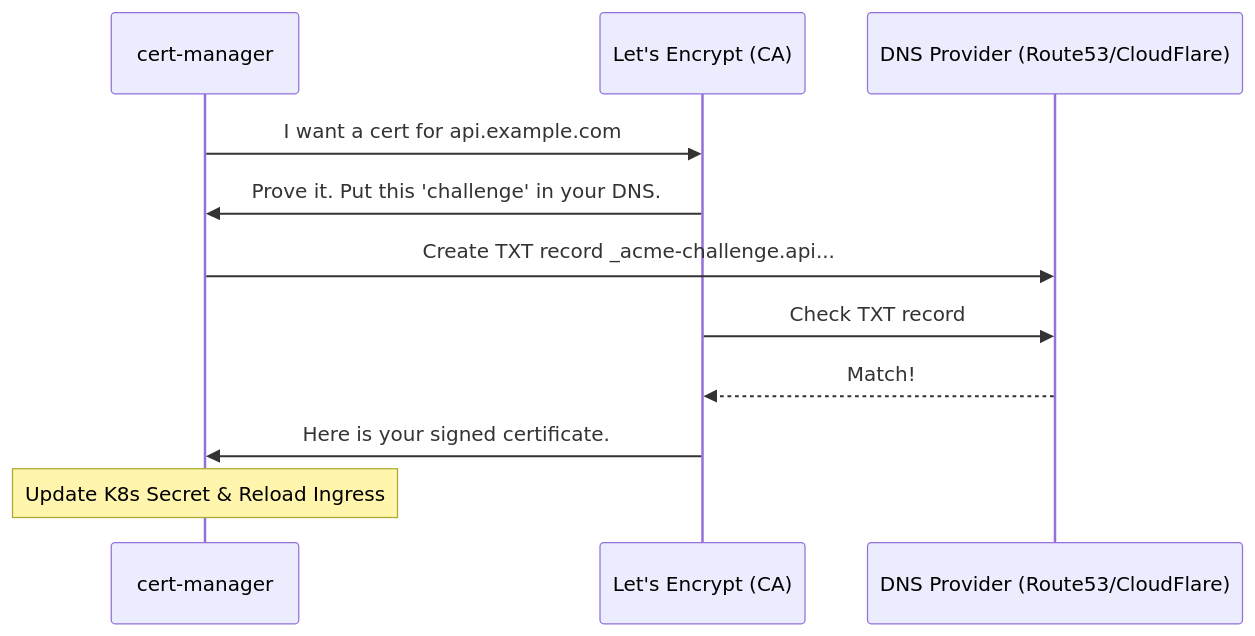
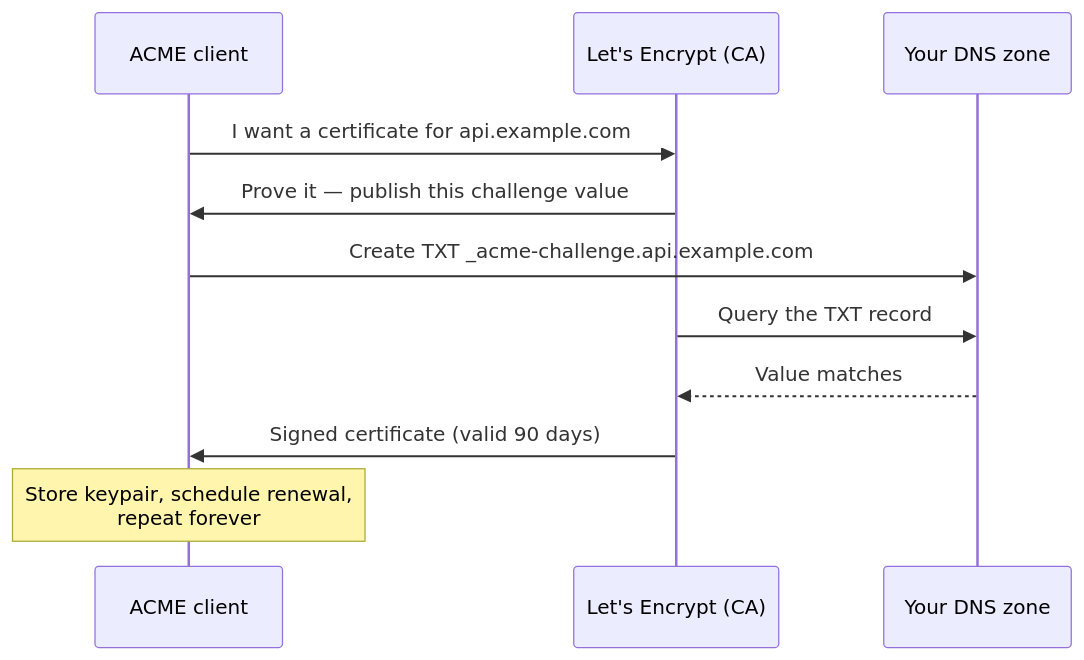
One commit to bradpenney/exploring_networking changed the diagram in docs/efficiency/tls/certificate_management.md. Above: the diagram before and after it, drawn with Mermaid. The commit also changed other lines of this file and 9 other files, not shown here.

Commit message:
Publish Your App to the Internet from Your K8s Cluster

````diff
--- a/docs/efficiency/tls/certificate_management.md
+++ b/docs/efficiency/tls/certificate_management.md
@@ -36,13 +78,13 @@
 ```mermaid
 sequenceDiagram
-    participant CM as cert-manager
+    participant AC as ACME client
     participant LE as Let's Encrypt (CA)
-    participant DNS as DNS Provider (Route53/CloudFlare)
-    CM->>LE: I want a cert for api.example.com
-    LE->>CM: Prove it. Put this 'challenge' in your DNS.
-    CM->>DNS: Create TXT record _acme-challenge.api...
-    LE->>DNS: Check TXT record
-    DNS-->>LE: Match!
-    LE->>CM: Here is your signed certificate.
-    Note over CM: Update K8s Secret & Reload Ingress
+    participant DNS as Your DNS zone
+    AC->>LE: I want a certificate for api.example.com
+    LE->>AC: Prove it — publish this challenge value
+    AC->>DNS: Create TXT _acme-challenge.api.example.com
+    LE->>DNS: Query the TXT record
+    DNS-->>LE: Value matches
+    LE->>AC: Signed certificate (valid 90 days)
+    Note over AC: Store keypair, schedule renewal,<br/>repeat forever
 ```
````
